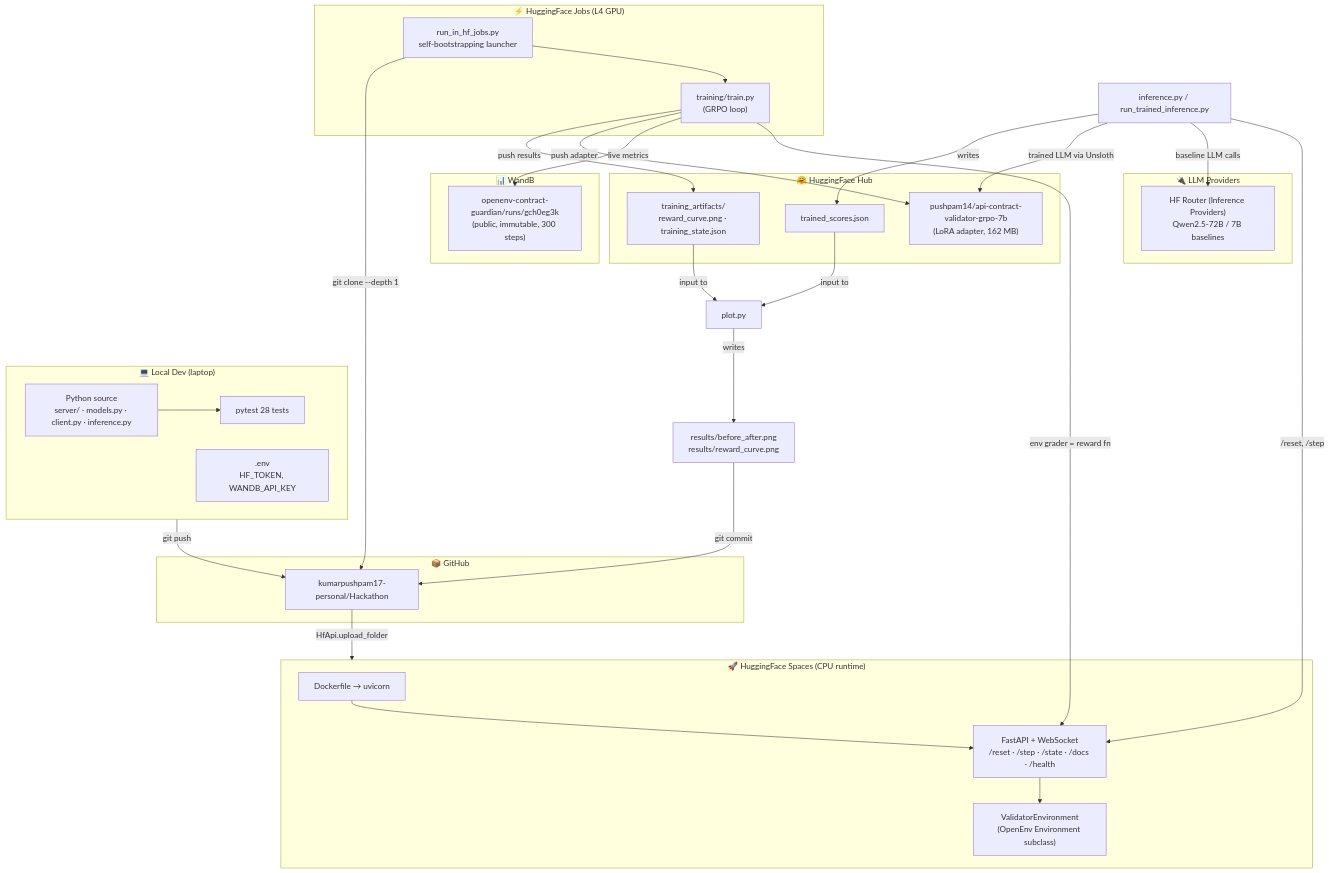
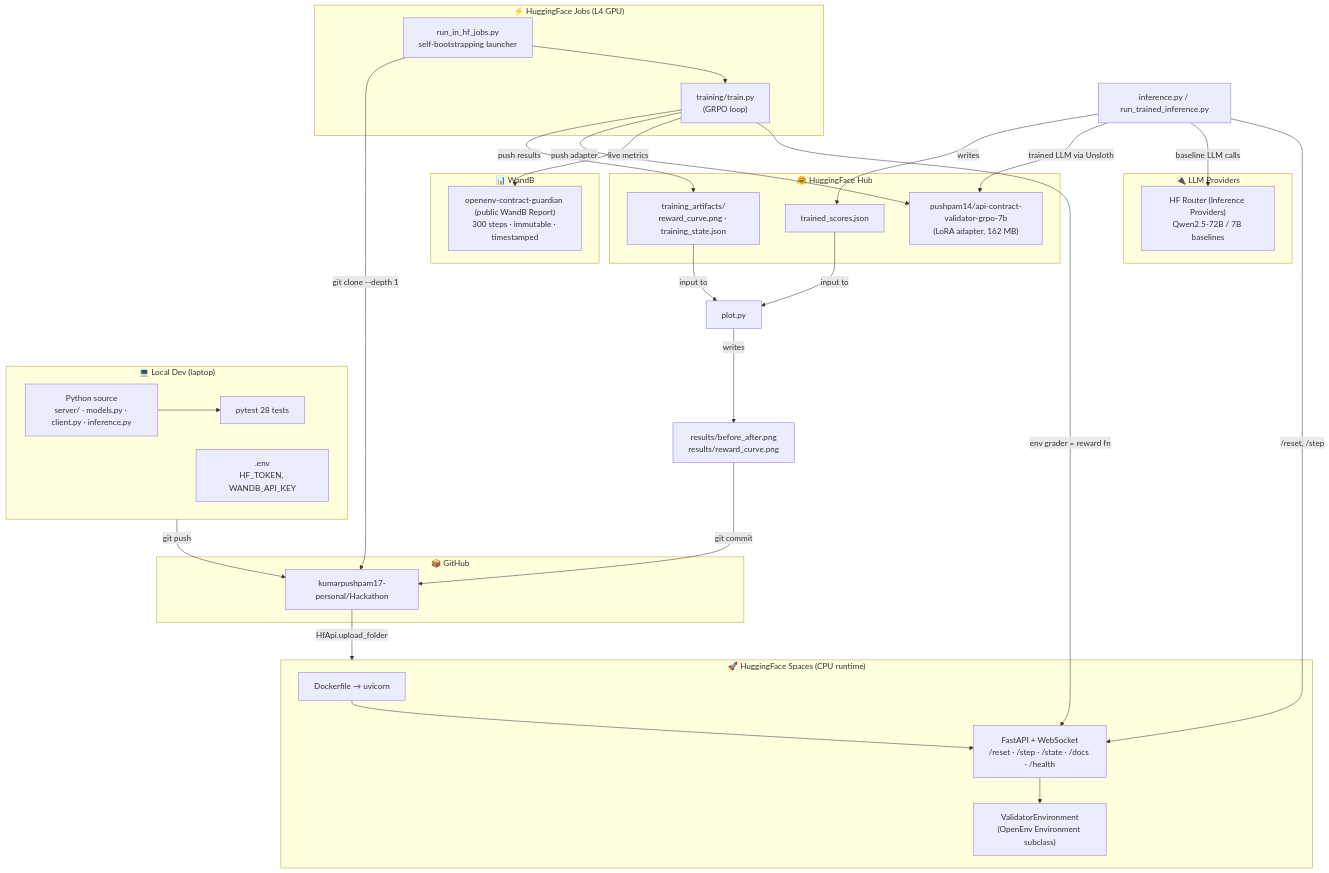
Before and after one commit to kumarpushpam17-personal/Hackathon: the first of 9 diagrams in api_contract_validator/TECHNICAL_ARCHITECTURE.md, drawn with Mermaid. The commit also changed other lines of this file and 4 other files, not shown here.

First line of the commit message:
Replace WandB run URL with public WandB Report URL across all docs

````diff
--- a/api_contract_validator/TECHNICAL_ARCHITECTURE.md
+++ b/api_contract_validator/TECHNICAL_ARCHITECTURE.md
@@ -9,58 +9,58 @@
 ```mermaid
 flowchart TB
     subgraph Dev["💻 Local Dev (laptop)"]
         Code[Python source<br/>server/ · models.py · client.py · inference.py]
         Tests[pytest 28 tests]
         EnvFile[.env<br/>HF_TOKEN, WANDB_API_KEY]
         Code --> Tests
     end
 
     subgraph GitHub["📦 GitHub"]
         Repo["kumarpushpam17-personal/Hackathon"]
     end
 
     subgraph HFSpace["🚀 HuggingFace Spaces (CPU runtime)"]
         Docker["Dockerfile → uvicorn"]
         FastAPI["FastAPI + WebSocket<br/>/reset · /step · /state · /docs · /health"]
         EnvServer["ValidatorEnvironment<br/>(OpenEnv Environment subclass)"]
         Docker --> FastAPI --> EnvServer
     end
 
     subgraph HFJobs["⚡ HuggingFace Jobs (L4 GPU)"]
         Bootstrap["run_in_hf_jobs.py<br/>self-bootstrapping launcher"]
         TrainScript["training/train.py<br/>(GRPO loop)"]
         Bootstrap --> TrainScript
     end
 
     subgraph HFHub["🤗 HuggingFace Hub"]
         Adapter["pushpam14/api-contract-validator-grpo-7b<br/>(LoRA adapter, 162 MB)"]
         Artifacts["training_artifacts/<br/>reward_curve.png · training_state.json"]
         Scores["trained_scores.json"]
     end
 
     subgraph WandB["📊 WandB"]
-        Run["openenv-contract-guardian/runs/gch0eg3k<br/>(public, immutable, 300 steps)"]
+        Run["openenv-contract-guardian (public WandB Report)<br/>300 steps · immutable · timestamped"]
     end
 
     subgraph Inference["🔌 LLM Providers"]
         Router["HF Router (Inference Providers)<br/>Qwen2.5-72B / 7B baselines"]
     end
 
     Dev -->|git push| Repo
     Repo -->|HfApi.upload_folder| HFSpace
     Bootstrap -->|git clone --depth 1| Repo
     TrainScript -->|env grader = reward fn| FastAPI
     TrainScript -->|live metrics| Run
     TrainScript -->|push adapter| Adapter
     TrainScript -->|push results| Artifacts
 
     inference[inference.py / run_trained_inference.py] -->|/reset, /step| FastAPI
     inference -->|baseline LLM calls| Router
     inference -->|trained LLM via Unsloth| Adapter
     inference -->|writes| Scores
 
     Scores -->|input to| Plot[plot.py]
     Artifacts -->|input to| Plot
     Plot -->|writes| Plots[results/before_after.png<br/>results/reward_curve.png]
     Plots -->|git commit| Repo
 ```
````
